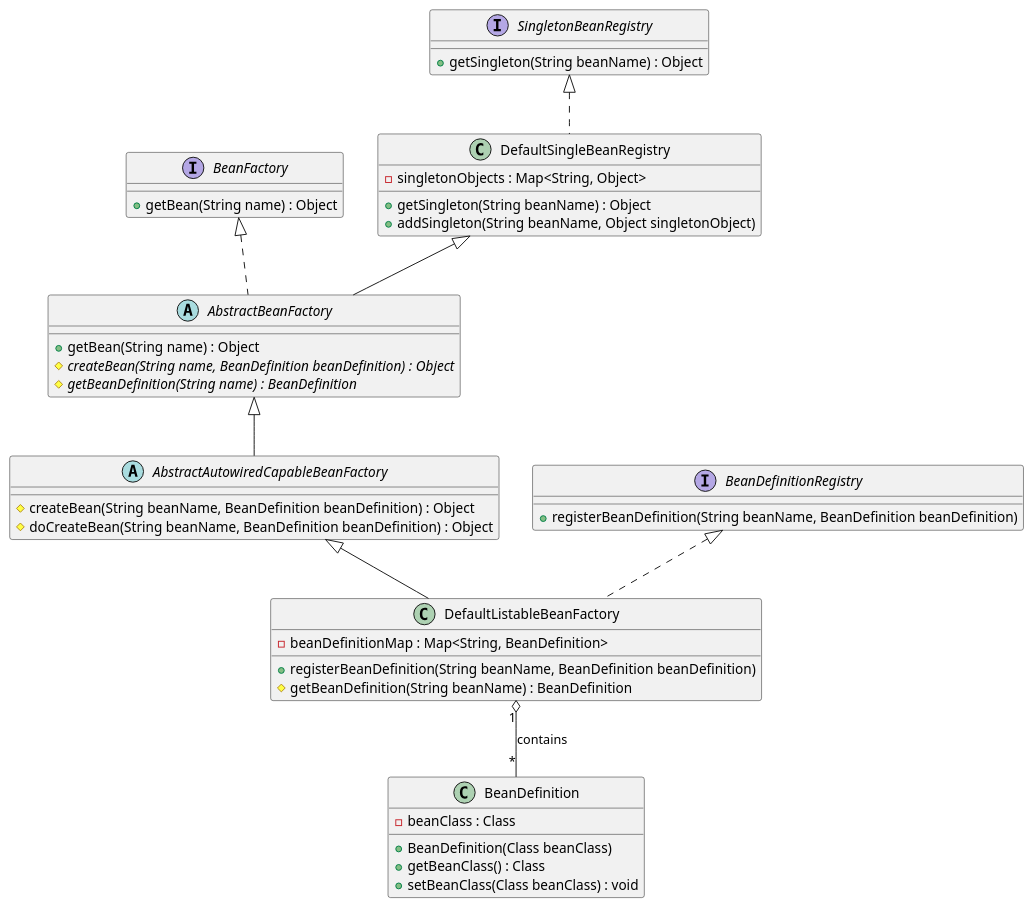
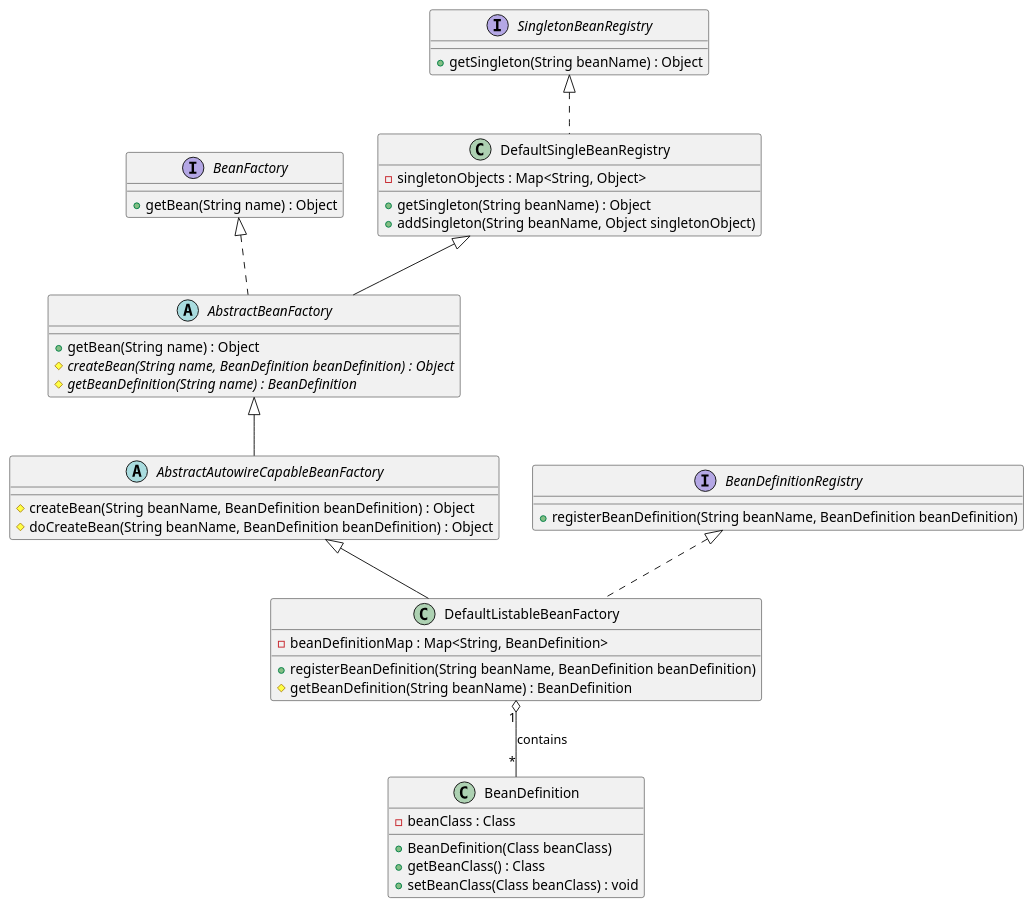
Before and after one commit to SnWalker/micro-Spring: the diagram in assets/bean-definition-and-bean-definition-registry.puml, drawn with PlantUML. The commit also changed 2 other files, not shown here.

Commit message:
docs: 添加step02文档，绘制UML类图

```diff
--- a/assets/bean-definition-and-bean-definition-registry.puml
+++ b/assets/bean-definition-and-bean-definition-registry.puml
@@ -1,47 +1,47 @@
 @startuml
 
 interface BeanFactory {
     + getBean(String name) : Object
 }
 
 interface SingletonBeanRegistry {
     + getSingleton(String beanName) : Object
 }
 
 interface BeanDefinitionRegistry {
     + registerBeanDefinition(String beanName, BeanDefinition beanDefinition)
 }
 
 class DefaultSingleBeanRegistry implements SingletonBeanRegistry {
     - singletonObjects : Map<String, Object>
     + getSingleton(String beanName) : Object
     + addSingleton(String beanName, Object singletonObject)
 }
 
 abstract class AbstractBeanFactory extends DefaultSingleBeanRegistry implements BeanFactory {
     + getBean(String name) : Object
     # {abstract} createBean(String name, BeanDefinition beanDefinition) : Object
     # {abstract} getBeanDefinition(String name) : BeanDefinition
 }
 
-abstract class AbstractAutowiredCapableBeanFactory extends AbstractBeanFactory {
+abstract class AbstractAutowireCapableBeanFactory extends AbstractBeanFactory {
     # createBean(String beanName, BeanDefinition beanDefinition) : Object
     # doCreateBean(String beanName, BeanDefinition beanDefinition) : Object
 }
 
-class DefaultListableBeanFactory extends AbstractAutowiredCapableBeanFactory implements BeanDefinitionRegistry {
+class DefaultListableBeanFactory extends AbstractAutowireCapableBeanFactory implements BeanDefinitionRegistry {
     - beanDefinitionMap : Map<String, BeanDefinition>
     + registerBeanDefinition(String beanName, BeanDefinition beanDefinition)
     # getBeanDefinition(String beanName) : BeanDefinition
 }
 
 class BeanDefinition {
     - beanClass : Class
     + BeanDefinition(Class beanClass)
     + getBeanClass() : Class
     + setBeanClass(Class beanClass) : void
 }
 
 DefaultListableBeanFactory "1" o-- "*" BeanDefinition : contains
 
 @enduml
```
